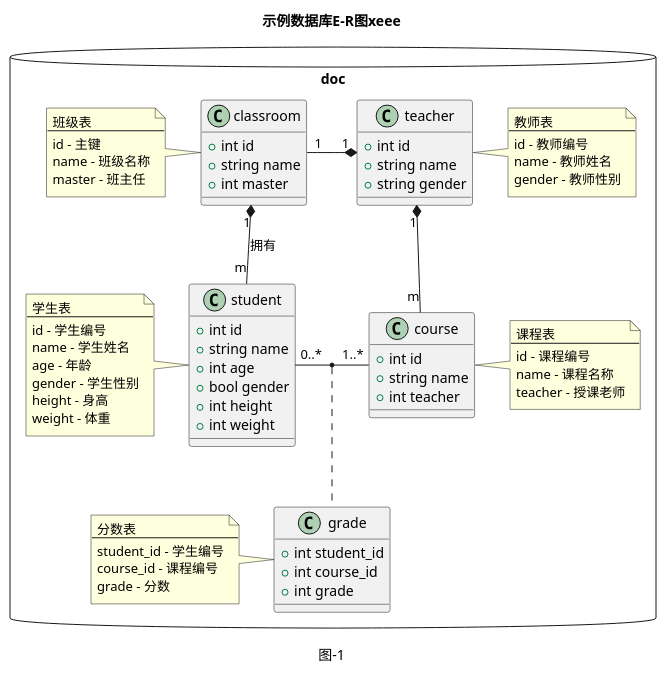
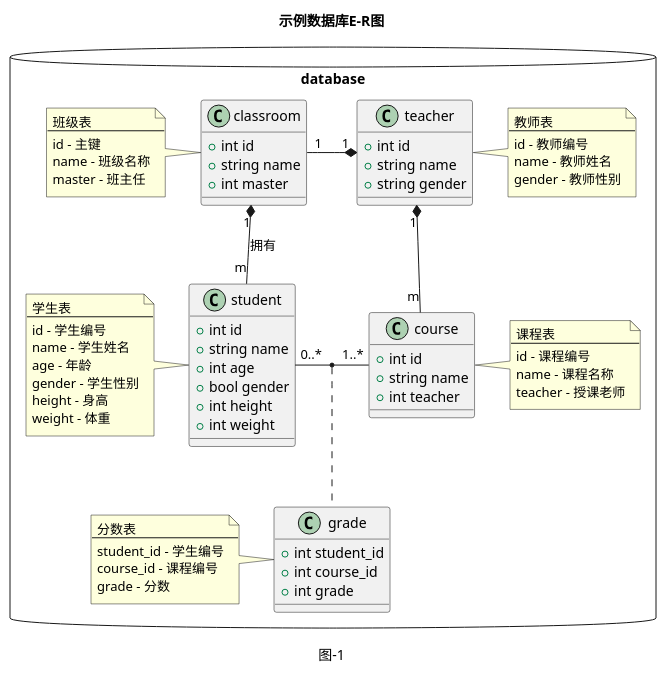
Before and after one commit to ninggf/wula: the diagram in src/render/figures/figure1.svg.puml, drawn with PlantUML. The commit also changed 4 other files, not shown here.

```diff
--- a/src/render/figures/figure1.svg.puml
+++ b/src/render/figures/figure1.svg.puml
@@ -4,91 +4,91 @@
 @startuml
 title
-示例数据库E-R图xeee
+示例数据库E-R图
 end title
 
-package doc <<Database>> {
+package database <<Database>> {
 
 class teacher {
     +int id
     +string name
     +string gender
 }
 class student {
     +int id
     +string name
     +int age
     +bool gender
     +int height
     +int weight
 }
 
 class classroom {
     +int id
     +string name
     +int master
 }
 
 class course {
     +int id
     +string name
     +int teacher
 }
 
 class grade {
     +int student_id
     +int course_id
     +int grade
 }
 
 classroom "1" *-- "m" student : 拥有
 classroom "1" -* "1" teacher
 teacher "1" *-- "m" course
 student "0..*" - "1..*" course
 (student,course) ..  grade
 
 note left of student
 学生表
 ----
 id - 学生编号
 name - 学生姓名
 age - 年龄
 gender - 学生性别
 height - 身高
 weight - 体重
 end note
 
 note right of course
 课程表
 ----
 id - 课程编号
 name - 课程名称
 teacher - 授课老师
 end note
 
 note left of classroom
 班级表
 ----
 id - 主键
 name - 班级名称
 master - 班主任
 end note
 
 note left of grade
 分数表 
 ----
 student_id - 学生编号
 course_id - 课程编号
 grade - 分数
 end note
 
 note right of teacher
 教师表
 ----
 id - 教师编号 
 name - 教师姓名
 gender - 教师性别
 end note
 }
 
 caption 图-1
 @enduml
```
